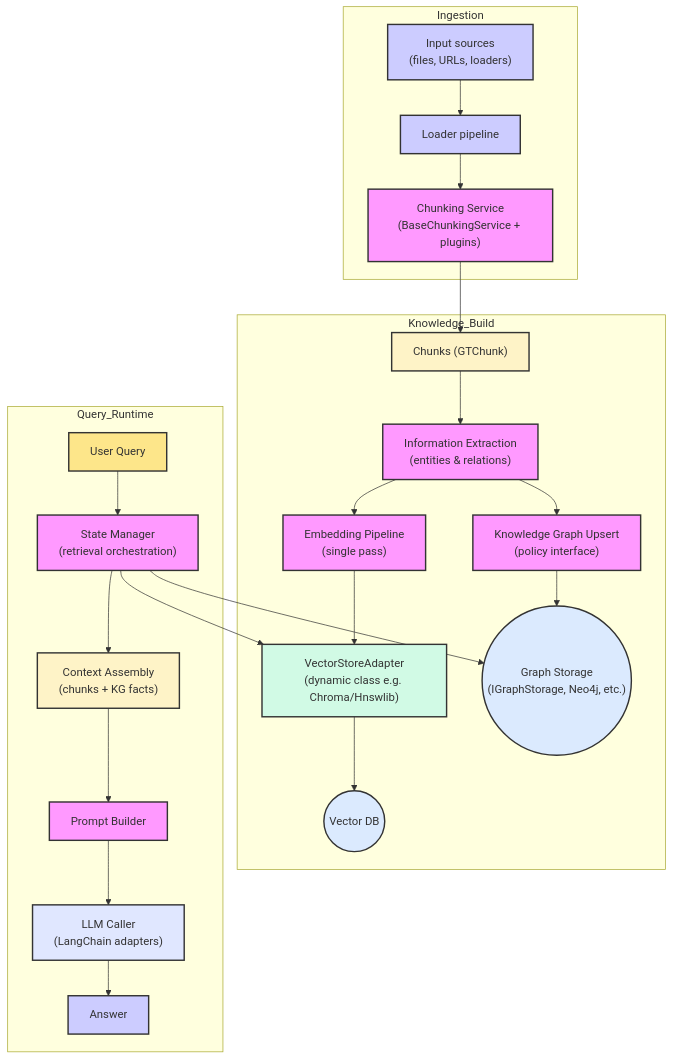
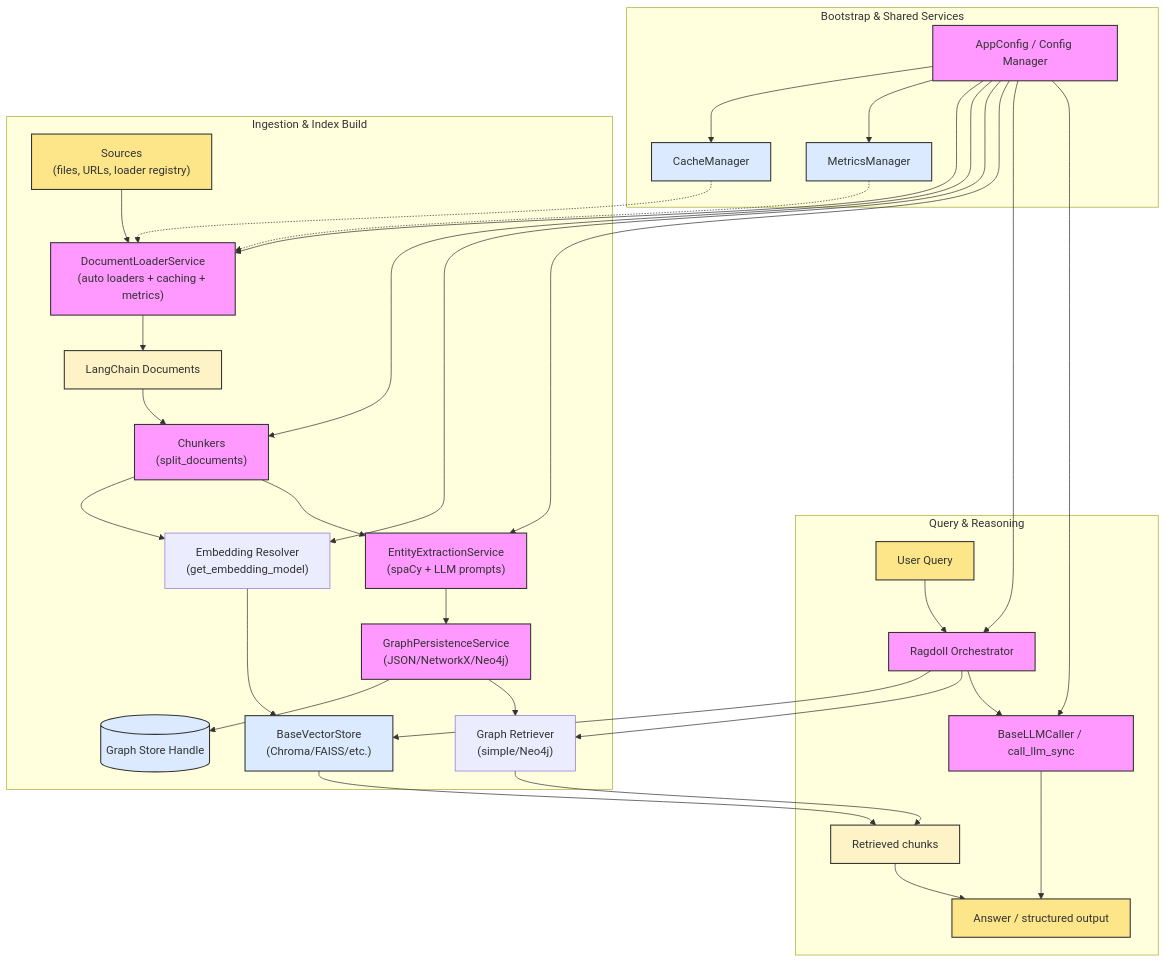
The diagram in README.md (nsasto/RAGdoll), drawn with Mermaid before and after one commit. The commit also changed 4 other files, not shown here.

````diff
--- a/README.md
+++ b/README.md
@@ -208,47 +208,51 @@
 ```mermaid
 graph TD
-    %% Ingestion + Chunking
-    subgraph Ingestion
-        A["Input sources<br/>(files, URLs, loaders)"] --> B["Loader pipeline"]
-        B --> C["Chunking Service<br/>(BaseChunkingService + plugins)"]
-    end
-    C --> D["Chunks (GTChunk)"]
-
-    %% Knowledge Construction
-    subgraph Knowledge_Build
-        D --> E["Information Extraction<br/>(entities & relations)"]
-        E --> F["Knowledge Graph Upsert<br/>(policy interface)"]
-        E --> G["Embedding Pipeline<br/>(single pass)"]
-        G --> H["VectorStoreAdapter<br/>(dynamic class e.g. Chroma/Hnswlib)"]
-        F --> I(("Graph Storage<br/>(IGraphStorage, Neo4j, etc.)"))
-        H --> J(("Vector DB"))
+    subgraph Shared_Config["Bootstrap & Shared Services"]
+        CFG["AppConfig / Config Manager"]
+        CACHE["CacheManager"]
+        METRICS["MetricsManager"]
+        CFG --> CACHE
+        CFG --> METRICS
     end
 
-    %% Query + Reasoning
-    subgraph Query_Runtime
-        Q["User Query"] --> R["State Manager<br/>(retrieval orchestration)"]
-        R --> H
-        R --> I
-        R --> S["Context Assembly<br/>(chunks + KG facts)"]
-        S --> T["Prompt Builder"]
-        T --> U["LLM Caller<br/>(LangChain adapters)"]
-        U --> V["Answer"]
+    subgraph Ingestion["Ingestion & Index Build"]
+        SRC["Sources<br/>(files, URLs, loader registry)"] --> LOADER["DocumentLoaderService<br/>(auto loaders + caching + metrics)"]
+        CACHE -.-> LOADER
+        METRICS -.-> LOADER
+        CFG --> LOADER
+        LOADER --> DOCS["LangChain Documents"]
+        DOCS --> CHUNK["Chunkers<br/>(split_documents)"]
+        CFG --> CHUNK
+        CHUNK --> EMB["Embedding Resolver<br/>(get_embedding_model)"]
+        CFG --> EMB
+        EMB --> VSTORE["BaseVectorStore<br/>(Chroma/FAISS/etc.)"]
+        CHUNK --> ENT["EntityExtractionService<br/>(spaCy + LLM prompts)"]
+        CFG --> ENT
+        ENT --> GPERSIST["GraphPersistenceService<br/>(JSON/NetworkX/Neo4j)"]
+        GPERSIST --> GRAPHSTORE[("Graph Store Handle")]
+        GPERSIST --> GRETR["Graph Retriever<br/>(simple/Neo4j)"]
     end
 
-    style A fill:#ccf,stroke:#333,stroke-width:2px
-    style B fill:#ccf,stroke:#333,stroke-width:2px
-    style C fill:#f9f,stroke:#333,stroke-width:2px
-    style D fill:#fef3c7,stroke:#333,stroke-width:2px
-    style E fill:#f9f,stroke:#333,stroke-width:2px
-    style F fill:#f9f,stroke:#333,stroke-width:2px
-    style G fill:#f9f,stroke:#333,stroke-width:2px
-    style H fill:#d1fae5,stroke:#333,stroke-width:2px
-    style I fill:#dbeafe,stroke:#333,stroke-width:2px
-    style J fill:#dbeafe,stroke:#333,stroke-width:2px
-    style Q fill:#fde68a,stroke:#333,stroke-width:2px
-    style R fill:#f9f,stroke:#333,stroke-width:2px
-    style S fill:#fef3c7,stroke:#333,stroke-width:2px
-    style T fill:#f9f,stroke:#333,stroke-width:2px
-    style U fill:#e0e7ff,stroke:#333,stroke-width:2px
-    style V fill:#ccf,stroke:#333,stroke-width:2px
+    subgraph Query["Query & Reasoning"]
+        USER["User Query"] --> RAG["Ragdoll Orchestrator"]
+        CFG --> RAG
+        RAG --> VSTORE
+        RAG --> GRETR
+        VSTORE --> CONTEXT["Retrieved chunks"]
+        GRETR --> CONTEXT
+        RAG --> LLM["BaseLLMCaller / call_llm_sync"]
+        CFG --> LLM
+        LLM --> ANSWER["Answer / structured output"]
+        CONTEXT --> ANSWER
+    end
+
+    classDef service fill:#f9f,stroke:#333,stroke-width:1.5px;
+    classDef storage fill:#dbeafe,stroke:#333,stroke-width:1.5px;
+    classDef data fill:#fef3c7,stroke:#333,stroke-width:1.5px;
+    classDef io fill:#fde68a,stroke:#333,stroke-width:1.5px;
+
+    class CFG,LOADER,CHUNK,ENT,GPERSIST,RAG,LLM service;
+    class CACHE,METRICS,GRAPHSTORE,VSTORE storage;
+    class DOCS,CONTEXT data;
+    class SRC,USER,ANSWER io;
 ```
````
